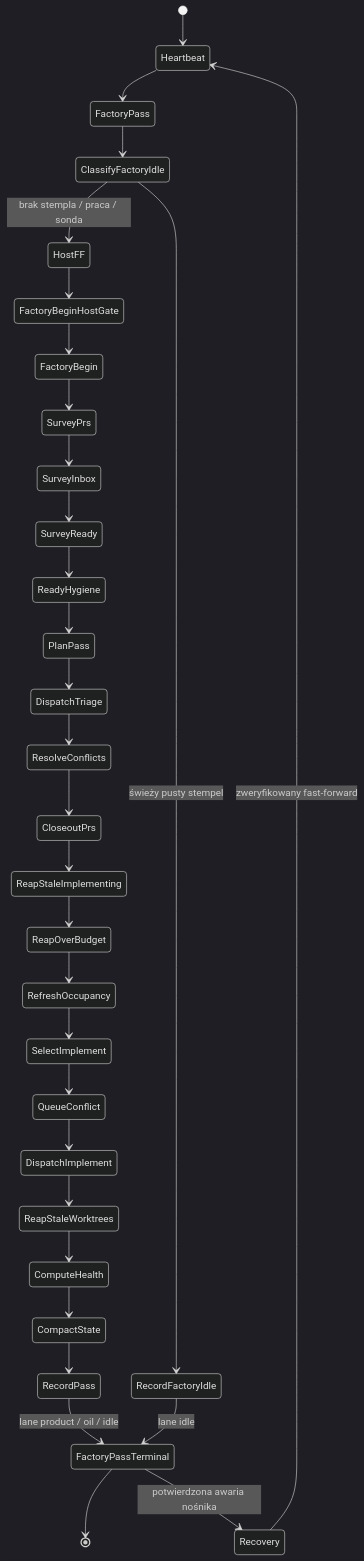
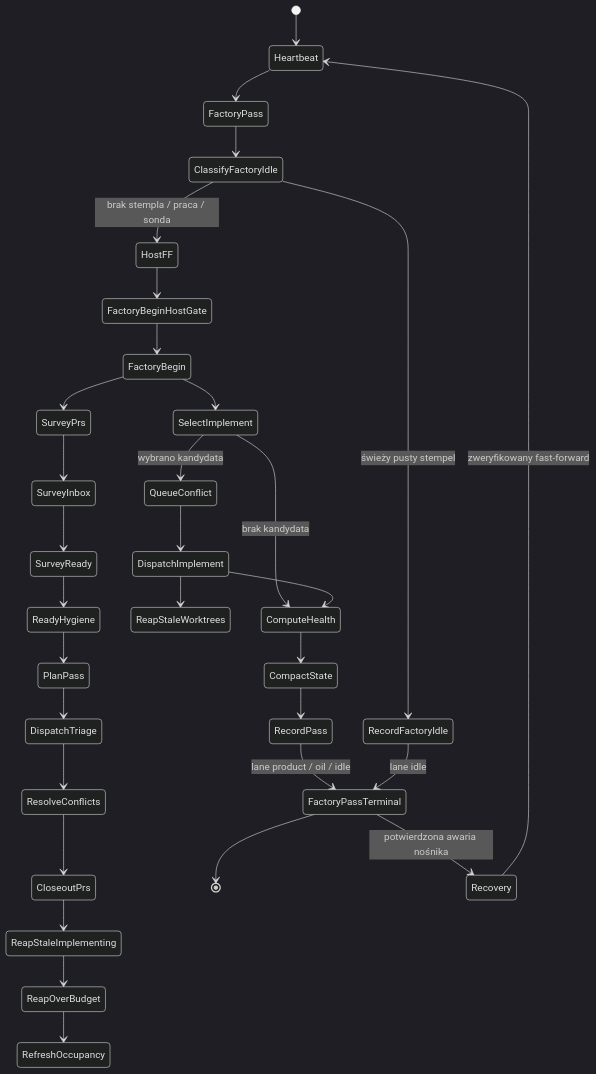
The first of 40 diagrams in README.md (mikolaj92/lokay), drawn with Mermaid (dark theme) before and after one commit. The commit also changed other lines of this file and 19 other files, not shown here.

First line of the commit message:
fix: ungate factory_pass implement from survey/closeout/reap

````diff
--- a/README.md
+++ b/README.md
@@ -79,33 +79,34 @@
 ```mermaid
 stateDiagram-v2
     [*] --> Heartbeat
     Heartbeat --> FactoryPass
     FactoryPass --> ClassifyFactoryIdle
     ClassifyFactoryIdle --> RecordFactoryIdle: świeży pusty stempel
     ClassifyFactoryIdle --> HostFF: brak stempla / praca / sonda
     HostFF --> FactoryBeginHostGate
     FactoryBeginHostGate --> FactoryBegin
+    FactoryBegin --> SelectImplement
+    SelectImplement --> QueueConflict: wybrano kandydata
+    SelectImplement --> ComputeHealth: brak kandydata
+    QueueConflict --> DispatchImplement
+    DispatchImplement --> ComputeHealth
+    DispatchImplement --> ReapStaleWorktrees
     FactoryBegin --> SurveyPrs
     SurveyPrs --> SurveyInbox
     SurveyInbox --> SurveyReady
     SurveyReady --> ReadyHygiene
     ReadyHygiene --> PlanPass
     PlanPass --> DispatchTriage
     DispatchTriage --> ResolveConflicts
     ResolveConflicts --> CloseoutPrs
     CloseoutPrs --> ReapStaleImplementing
     ReapStaleImplementing --> ReapOverBudget
     ReapOverBudget --> RefreshOccupancy
-    RefreshOccupancy --> SelectImplement
-    SelectImplement --> QueueConflict
-    QueueConflict --> DispatchImplement
-    DispatchImplement --> ReapStaleWorktrees
-    ReapStaleWorktrees --> ComputeHealth
     ComputeHealth --> CompactState
     CompactState --> RecordPass
     RecordPass --> FactoryPassTerminal: lane product / oil / idle
     RecordFactoryIdle --> FactoryPassTerminal: lane idle
     FactoryPassTerminal --> [*]
     FactoryPassTerminal --> Recovery: potwierdzona awaria nośnika
     Recovery --> Heartbeat: zweryfikowany fast-forward
 ```
````
